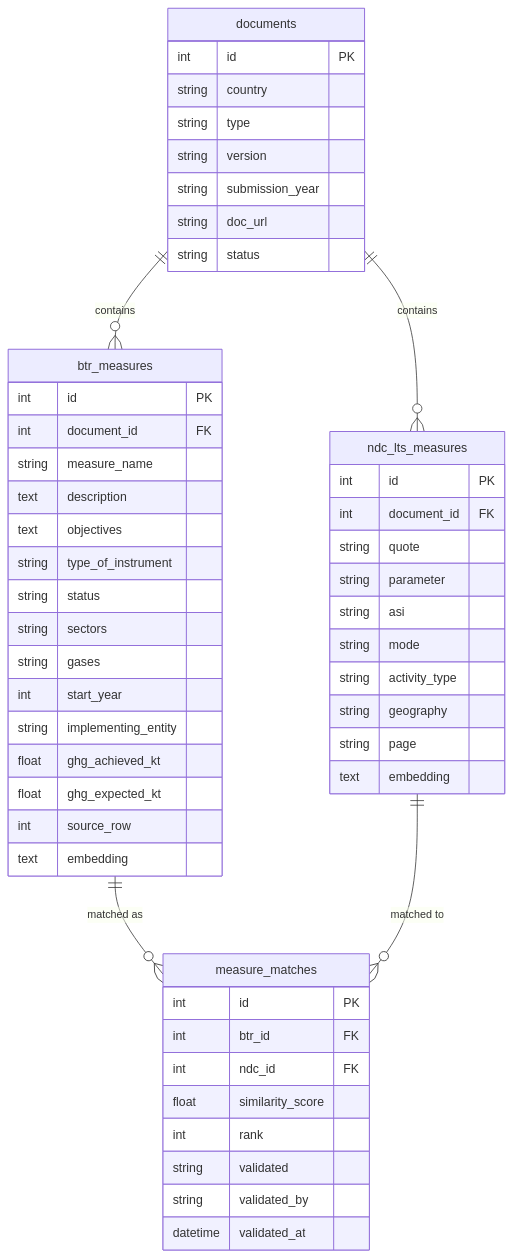
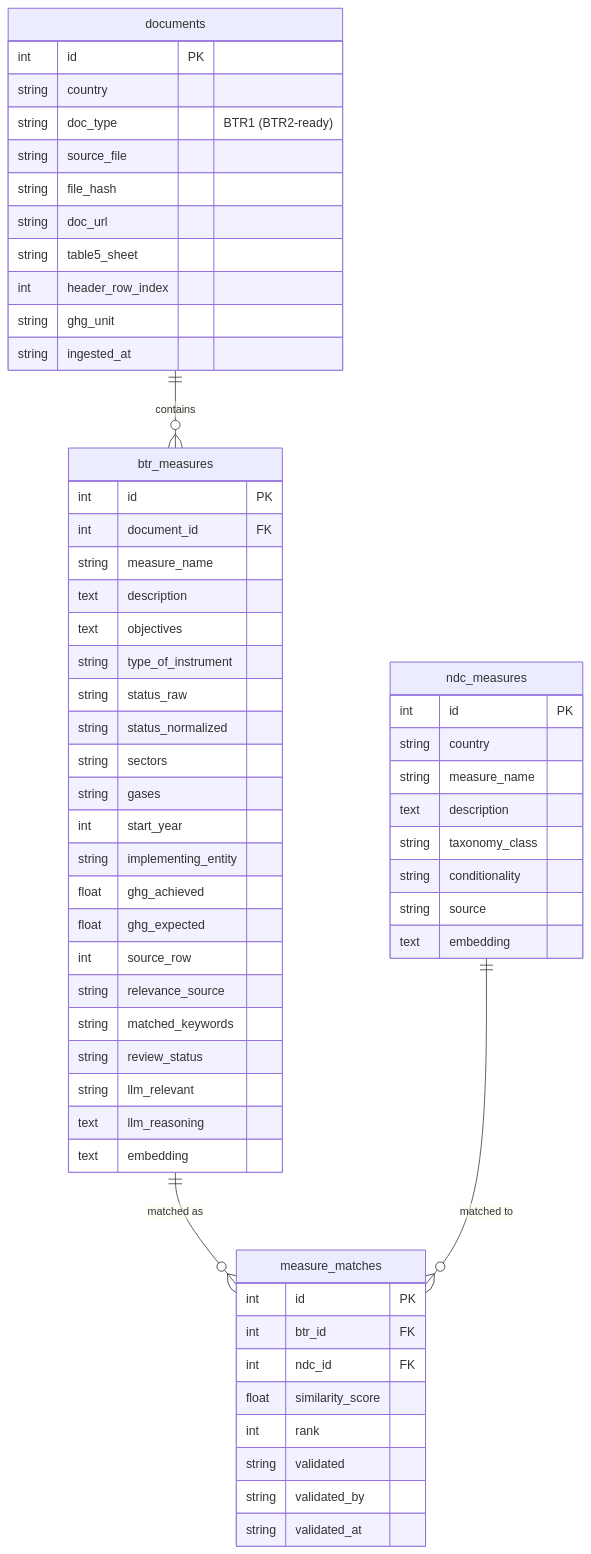
The diagram in README.md (Changing-Transport/btr-analysis), drawn with Mermaid before and after one commit. The commit also changed other lines of this file and 6 other files, not shown here.

First line of the commit message:
Implement Phase 1-2 of BTR extraction pipeline: reproducible extraction + energy-sector review prep

````diff
--- a/README.md
+++ b/README.md
@@ -23,59 +52,65 @@
 ```mermaid
 erDiagram
   documents {
     int id PK
     string country
-    string type
-    string version
-    string submission_year
+    string doc_type "BTR1 (BTR2-ready)"
+    string source_file
+    string file_hash
     string doc_url
-    string status
+    string table5_sheet
+    int header_row_index
+    string ghg_unit
+    string ingested_at
   }
 
   btr_measures {
     int id PK
     int document_id FK
     string measure_name
     text description
     text objectives
     string type_of_instrument
-    string status
+    string status_raw
+    string status_normalized
     string sectors
     string gases
     int start_year
     string implementing_entity
-    float ghg_achieved_kt
-    float ghg_expected_kt
+    float ghg_achieved
+    float ghg_expected
     int source_row
+    string relevance_source
+    string matched_keywords
+    string review_status
+    string llm_relevant
+    text llm_reasoning
     text embedding
   }
 
-  ndc_lts_measures {
+  ndc_measures {
     int id PK
-    int document_id FK
-    string quote
-    string parameter
-    string asi
-    string mode
-    string activity_type
-    string geography
-    string page
+    string country
+    string measure_name
+    text description
+    string taxonomy_class
+    string conditionality
+    string source
     text embedding
   }
 
   measure_matches {
     int id PK
     int btr_id FK
     int ndc_id FK
     float similarity_score
     int rank
     string validated
     string validated_by
-    datetime validated_at
+    string validated_at
   }
 
   documents ||--o{ btr_measures : "contains"
-  documents ||--o{ ndc_lts_measures : "contains"
   btr_measures ||--o{ measure_matches : "matched as"
-  ndc_lts_measures ||--o{ measure_matches : "matched to"
+  ndc_measures ||--o{ measure_matches : "matched to"
 ```
````
